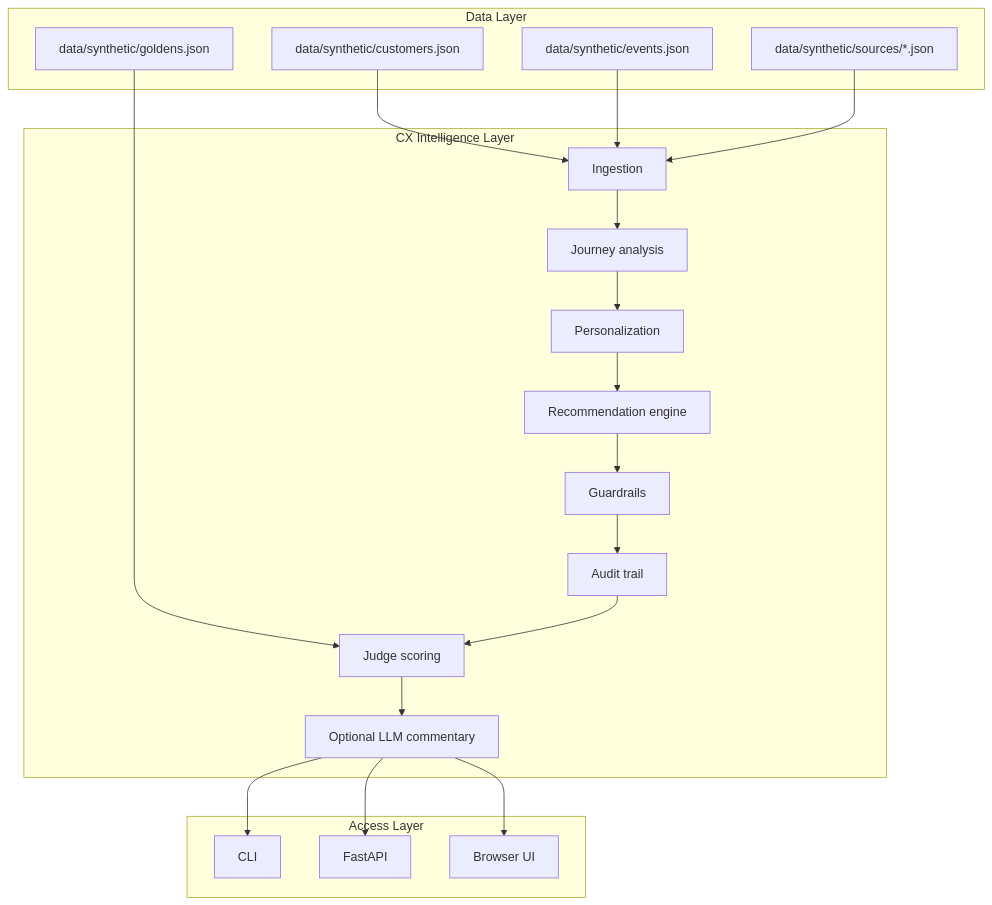
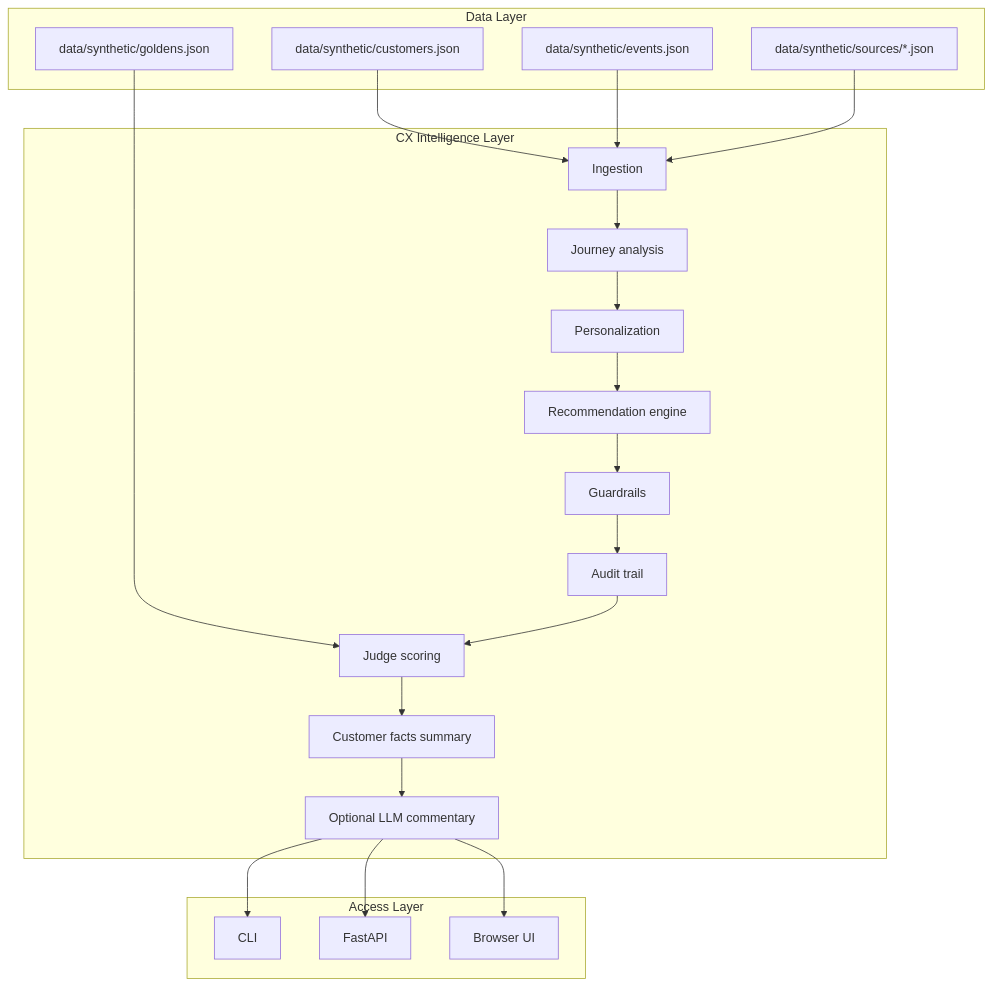
One commit to DhruvAgg05/Token_Busters_Capstone changed the diagram in Token_busters/explanation/ARCHITECTURE.md. Above: the diagram before and after it, drawn with Mermaid. The commit also changed other lines of this file and 26 other files, not shown here.

````diff
--- a/Token_busters/explanation/ARCHITECTURE.md
+++ b/Token_busters/explanation/ARCHITECTURE.md
@@ -16,41 +16,43 @@
 ```mermaid
 flowchart TD
   subgraph Data["Data Layer"]
     D1["data/synthetic/customers.json"]
     D2["data/synthetic/events.json"]
     D3["data/synthetic/sources/*.json"]
     D4["data/synthetic/goldens.json"]
   end
 
   subgraph Core["CX Intelligence Layer"]
     C1["Ingestion"]
     C2["Journey analysis"]
     C3["Personalization"]
     C4["Recommendation engine"]
     C5["Guardrails"]
     C6["Audit trail"]
     C7["Judge scoring"]
-    C8["Optional LLM commentary"]
+    C8["Customer facts summary"]
+    C9["Optional LLM commentary"]
   end
 
   subgraph Access["Access Layer"]
     A1["CLI"]
     A2["FastAPI"]
     A3["Browser UI"]
   end
 
   D1 --> C1
   D2 --> C1
   D3 --> C1
   D4 --> C7
   C1 --> C2
   C2 --> C3
   C3 --> C4
   C4 --> C5
   C5 --> C6
   C6 --> C7
   C7 --> C8
-  C8 --> A1
-  C8 --> A2
-  C8 --> A3
+  C8 --> C9
+  C9 --> A1
+  C9 --> A2
+  C9 --> A3
 ```
````
